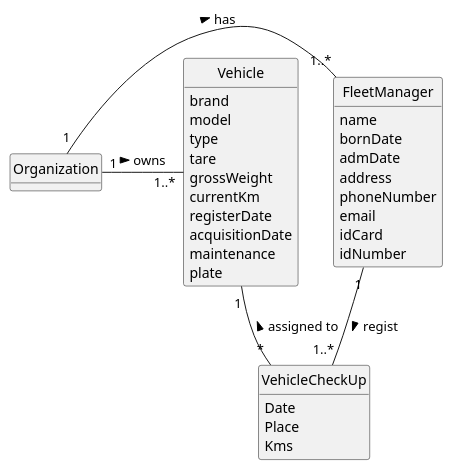
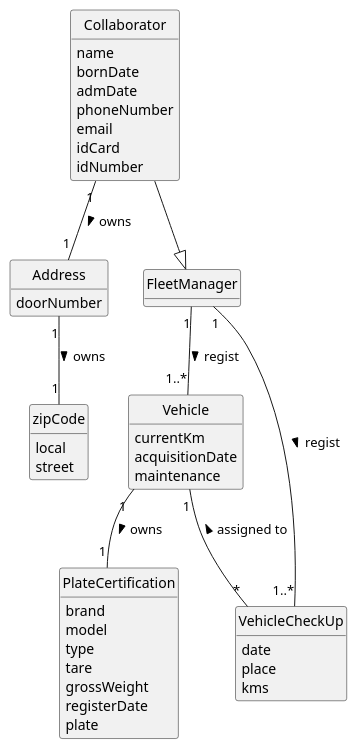
The diagram in docs/sprint2/us007/02.analysis/puml/us007-domain-model.puml (1231360-ISEP/lei-24-s2-1db-g021), drawn with PlantUML before and after one commit. The commit also changed 13 other files, not shown here.

```diff
--- a/docs/sprint2/us007/02.analysis/puml/us007-domain-model.puml
+++ b/docs/sprint2/us007/02.analysis/puml/us007-domain-model.puml
@@ -1,48 +1,62 @@
 @startuml
 skinparam monochrome true
 skinparam packageStyle rectangle
 skinparam shadowing false
 
 skinparam classAttributeIconSize 0
 
 hide circle
 hide methods
 
-class Organization {
-}
-
-class FleetManager {
+class Collaborator {
     name
     bornDate
     admDate
-    address
     phoneNumber
     email
     idCard
     idNumber
 }
 
+class Address {
+    doorNumber
+}
+
+class zipCode {
+    local
+    street
+}
+
+class FleetManager {}
+
 class Vehicle {
+    currentKm
+    acquisitionDate
+    maintenance
+}
+
+class PlateCertification{
     brand
     model
     type
     tare
     grossWeight
-    currentKm
     registerDate
-    acquisitionDate
-    maintenance
     plate
 }
 
 class VehicleCheckUp {
-    Date
-    Place
-    Kms
+    date
+    place
+    kms
 }
 
-Organization "1" - "1..*" FleetManager: has >
-Organization "1" - "1..*" Vehicle: owns >
+Collaborator --|> FleetManager
+FleetManager "1" -- "1..*" Vehicle : regist >
+Vehicle "1" -- "1" PlateCertification : owns >
+Collaborator "1" -- "1" Address: owns >
+Address "1" -- "1" zipCode : owns >
 FleetManager "1" -- "1..*" VehicleCheckUp : regist >
 Vehicle "1" -- "*" VehicleCheckUp : assigned to <
+
 @enduml
```
